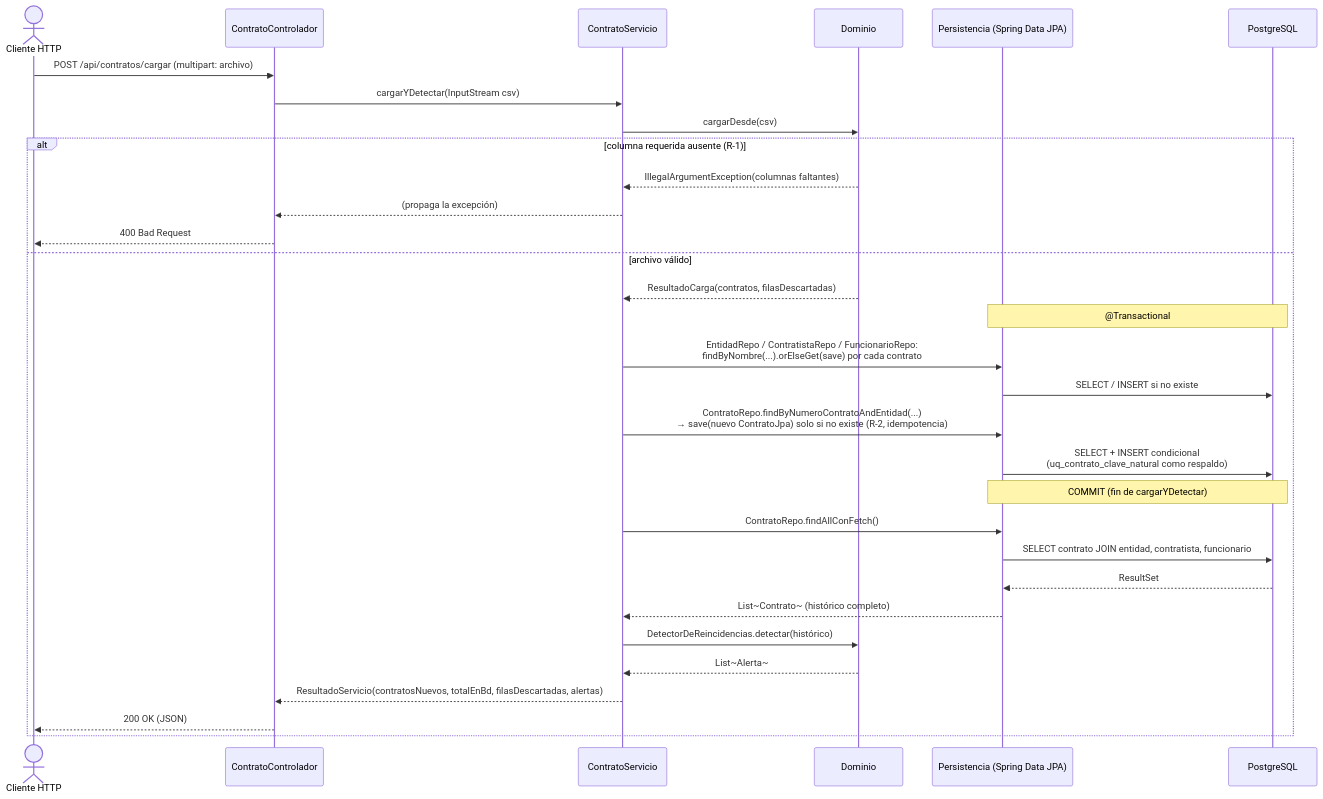
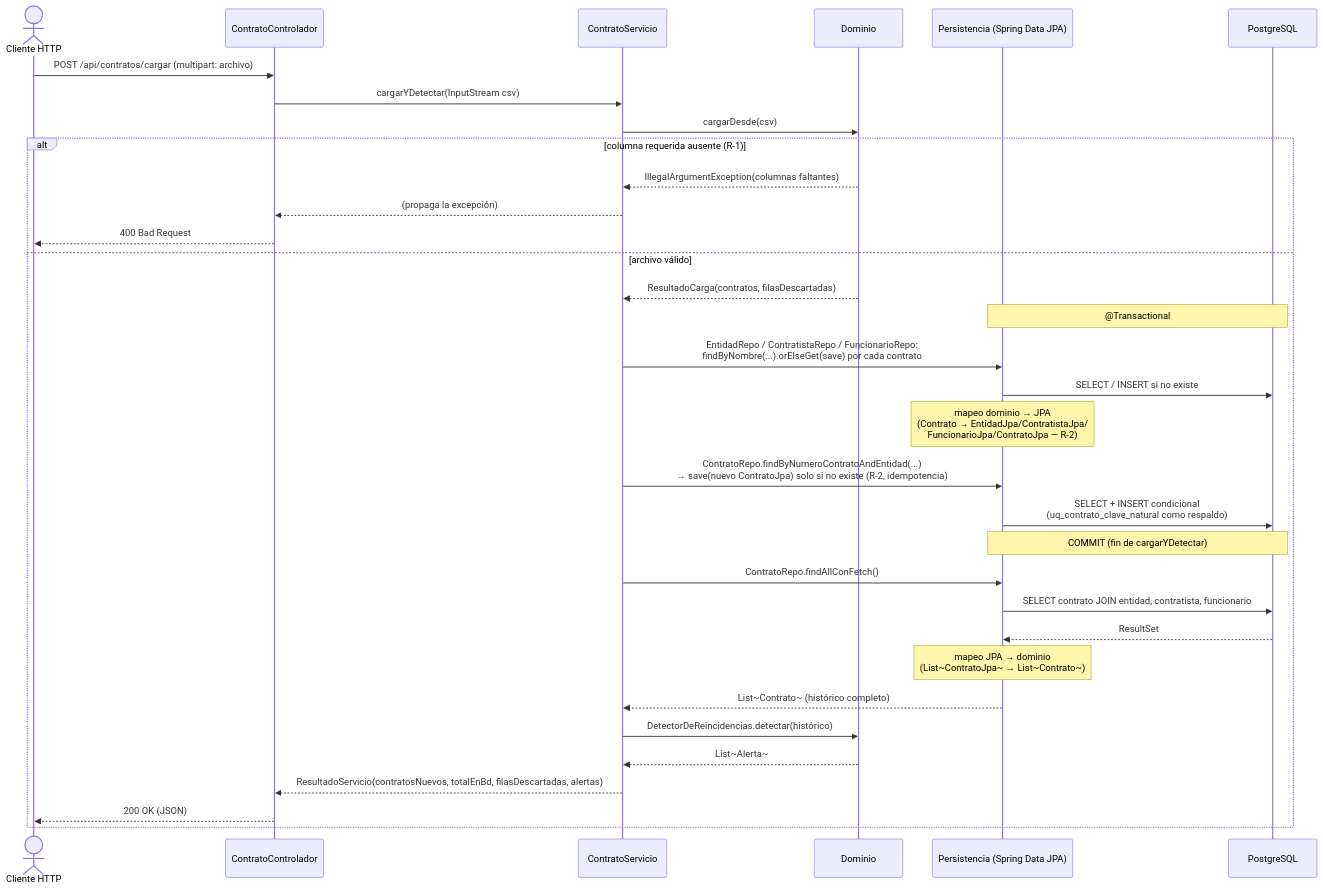
Before and after one commit to juanpabloow/proyecto_g: the first of 2 diagrams in esqueleto/rebanada.md, drawn with Mermaid. The commit also changed other lines of this file, not shown here.

Commit message:
Formaliza Candidata A extendida, restaura mapeo dominio-persistencia y corrige cobertura HTTP en contrato de prueba

````diff
--- a/esqueleto/rebanada.md
+++ b/esqueleto/rebanada.md
@@ -45,39 +49,41 @@
 ```mermaid
 sequenceDiagram
     actor Cliente as Cliente HTTP
     participant Api as ContratoControlador
     participant App as ContratoServicio
     participant Dom as Dominio
     participant Per as Persistencia (Spring Data JPA)
     participant DB as PostgreSQL
 
     Cliente->>Api: POST /api/contratos/cargar (multipart: archivo)
     Api->>App: cargarYDetectar(InputStream csv)
     App->>Dom: cargarDesde(csv)
 
     alt columna requerida ausente (R-1)
         Dom-->>App: IllegalArgumentException(columnas faltantes)
         App-->>Api: (propaga la excepción)
         Api-->>Cliente: 400 Bad Request
     else archivo válido
         Dom-->>App: ResultadoCarga(contratos, filasDescartadas)
 
         Note over Per,DB: @Transactional
         App->>Per: EntidadRepo / ContratistaRepo / FuncionarioRepo:<br/>findByNombre(...).orElseGet(save) por cada contrato
         Per->>DB: SELECT / INSERT si no existe
+        Note over Per: mapeo dominio → JPA<br/>(Contrato → EntidadJpa/ContratistaJpa/<br/>FuncionarioJpa/ContratoJpa — R-2)
         App->>Per: ContratoRepo.findByNumeroContratoAndEntidad(...)<br/>→ save(nuevo ContratoJpa) solo si no existe (R-2, idempotencia)
         Per->>DB: SELECT + INSERT condicional<br/>(uq_contrato_clave_natural como respaldo)
         Note over Per,DB: COMMIT (fin de cargarYDetectar)
 
         App->>Per: ContratoRepo.findAllConFetch()
         Per->>DB: SELECT contrato JOIN entidad, contratista, funcionario
         DB-->>Per: ResultSet
+        Note over Per: mapeo JPA → dominio<br/>(List~ContratoJpa~ → List~Contrato~)
         Per-->>App: List~Contrato~ (histórico completo)
 
         App->>Dom: DetectorDeReincidencias.detectar(histórico)
         Dom-->>App: List~Alerta~
 
         App-->>Api: ResultadoServicio(contratosNuevos, totalEnBd, filasDescartadas, alertas)
         Api-->>Cliente: 200 OK (JSON)
     end
 ```
````
